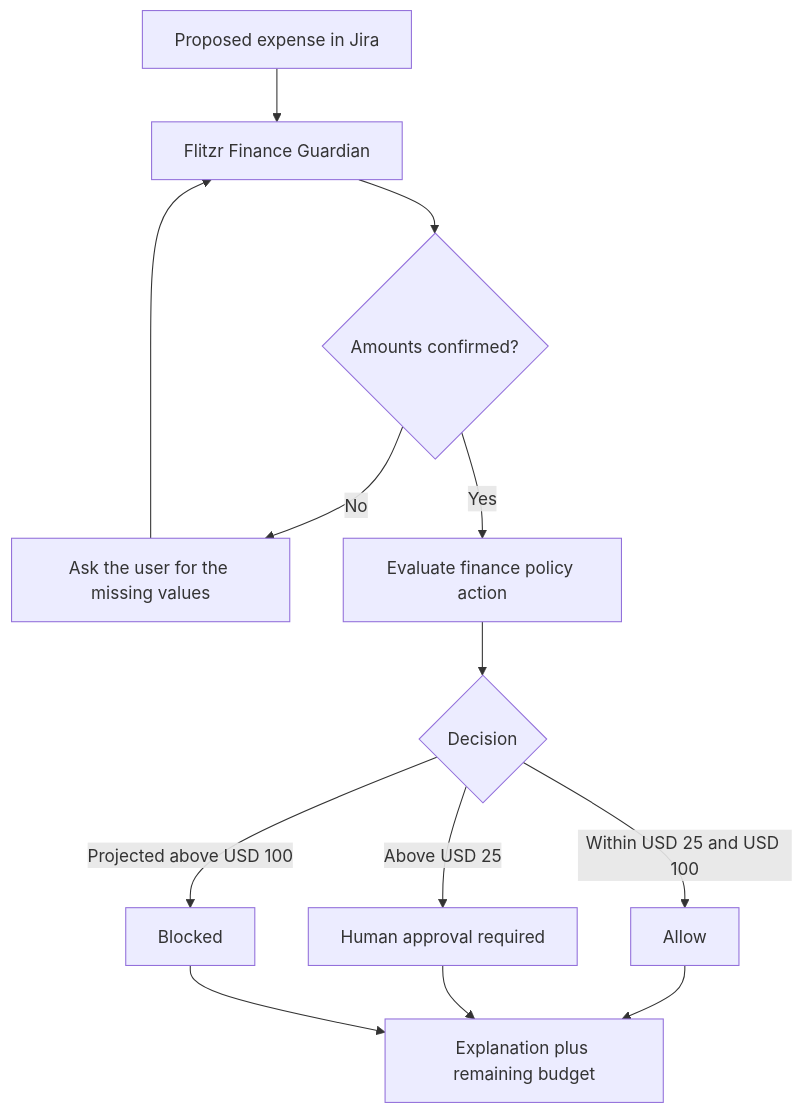
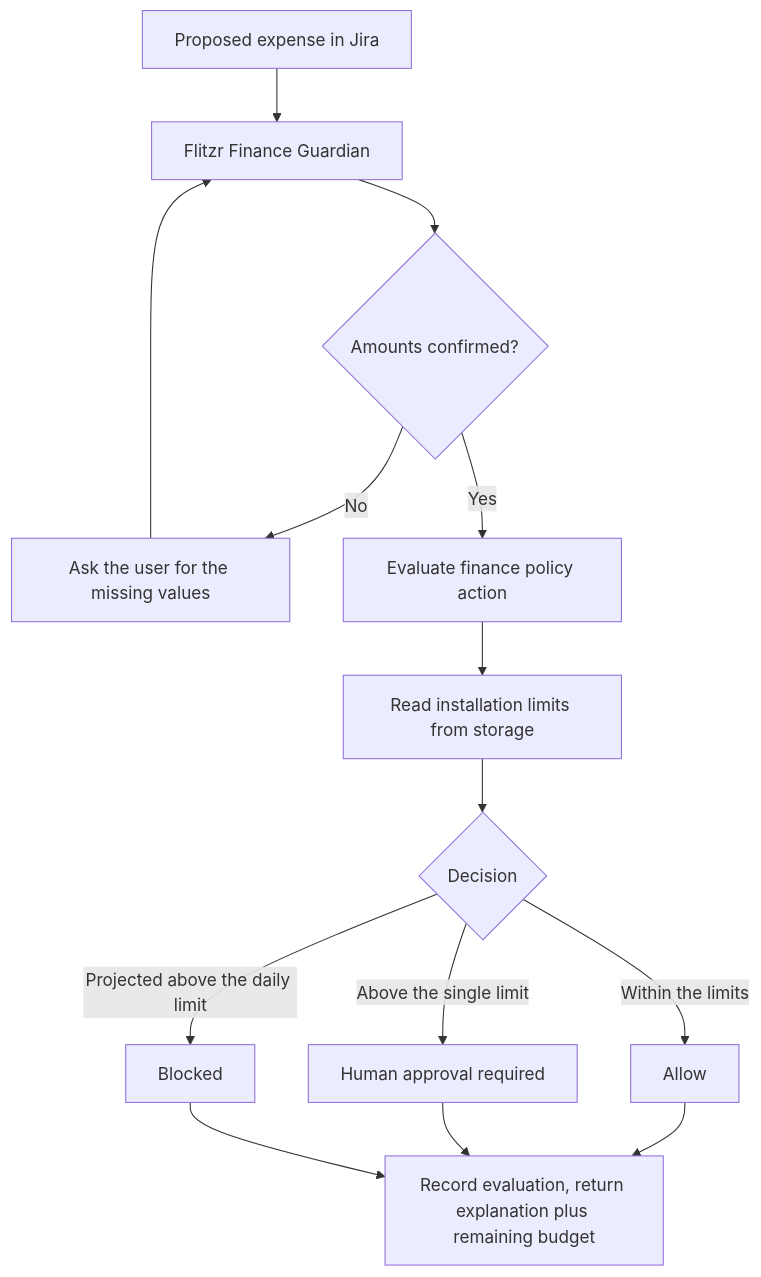
One commit to wadezigh96/Flitzr changed the diagram in README.md. Above: the diagram before and after it, drawn with Mermaid. The commit also changed other lines of this file and 27 other files, not shown here.

Commit message:
feat: configurable limits, evaluation history, Jira panel (v3.0.0)

````diff
--- a/README.md
+++ b/README.md
@@ -31,15 +33,16 @@
 ```mermaid
 flowchart TD
     A[Proposed expense in Jira] --> B[Flitzr Finance Guardian]
     B --> C{Amounts confirmed?}
     C -- No --> D[Ask the user for the missing values]
     D --> B
     C -- Yes --> E[Evaluate finance policy action]
-    E --> F{Decision}
-    F -- Within USD 25 and USD 100 --> G[Allow]
-    F -- Above USD 25 --> H[Human approval required]
-    F -- Projected above USD 100 --> I[Blocked]
-    G --> J[Explanation plus remaining budget]
-    H --> J
-    I --> J
+    E --> F[Read installation limits from storage]
+    F --> G{Decision}
+    G -- Within the limits --> H[Allow]
+    G -- Above the single limit --> I[Human approval required]
+    G -- Projected above the daily limit --> J[Blocked]
+    H --> K[Record evaluation, return explanation plus remaining budget]
+    I --> K
+    J --> K
 ```
````
